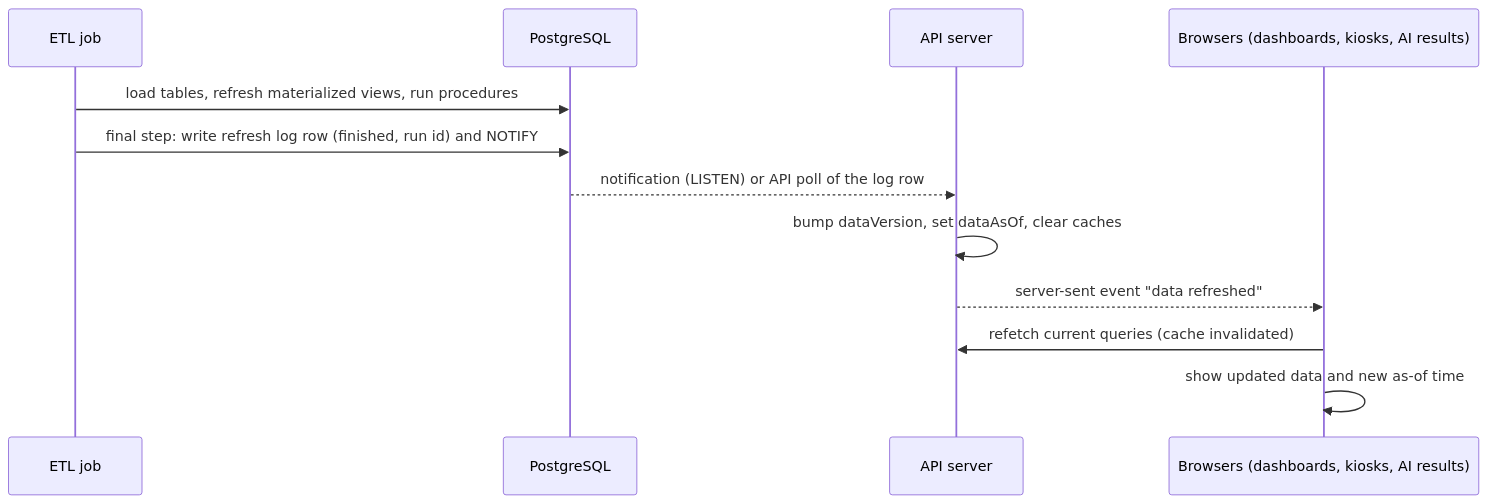
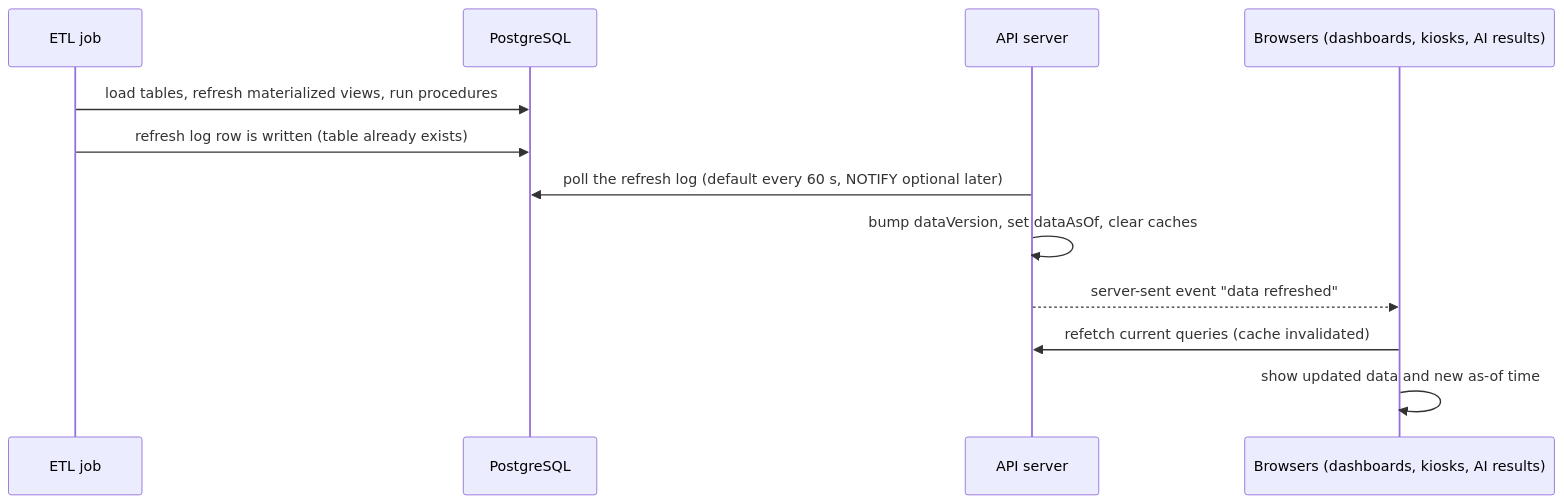
One commit to kurnFR/salesperformance changed the sixth of 6 diagrams in docs/02-architecture.md. Above: the diagram before and after it, drawn with Mermaid. The commit also changed other lines of this file and 10 other files, not shown here.

Commit message:
docs: management experience review, Sales Detail pivot, ETL log polling, .env master key, TOTP, export/share

````diff
--- a/docs/02-architecture.md
+++ b/docs/02-architecture.md
@@ -264,14 +271,14 @@
 ```mermaid
 sequenceDiagram
   participant ETL as ETL job
   participant DB as PostgreSQL
   participant API as API server
   participant UI as Browsers (dashboards, kiosks, AI results)
   ETL->>DB: load tables, refresh materialized views, run procedures
-  ETL->>DB: final step: write refresh log row (finished, run id) and NOTIFY
-  DB-->>API: notification (LISTEN) or API poll of the log row
+  ETL->>DB: refresh log row is written (table already exists)
+  API->>DB: poll the refresh log (default every 60 s, NOTIFY optional later)
   API->>API: bump dataVersion, set dataAsOf, clear caches
   API-->>UI: server-sent event "data refreshed"
   UI->>API: refetch current queries (cache invalidated)
   UI->>UI: show updated data and new as-of time
 ```
````
